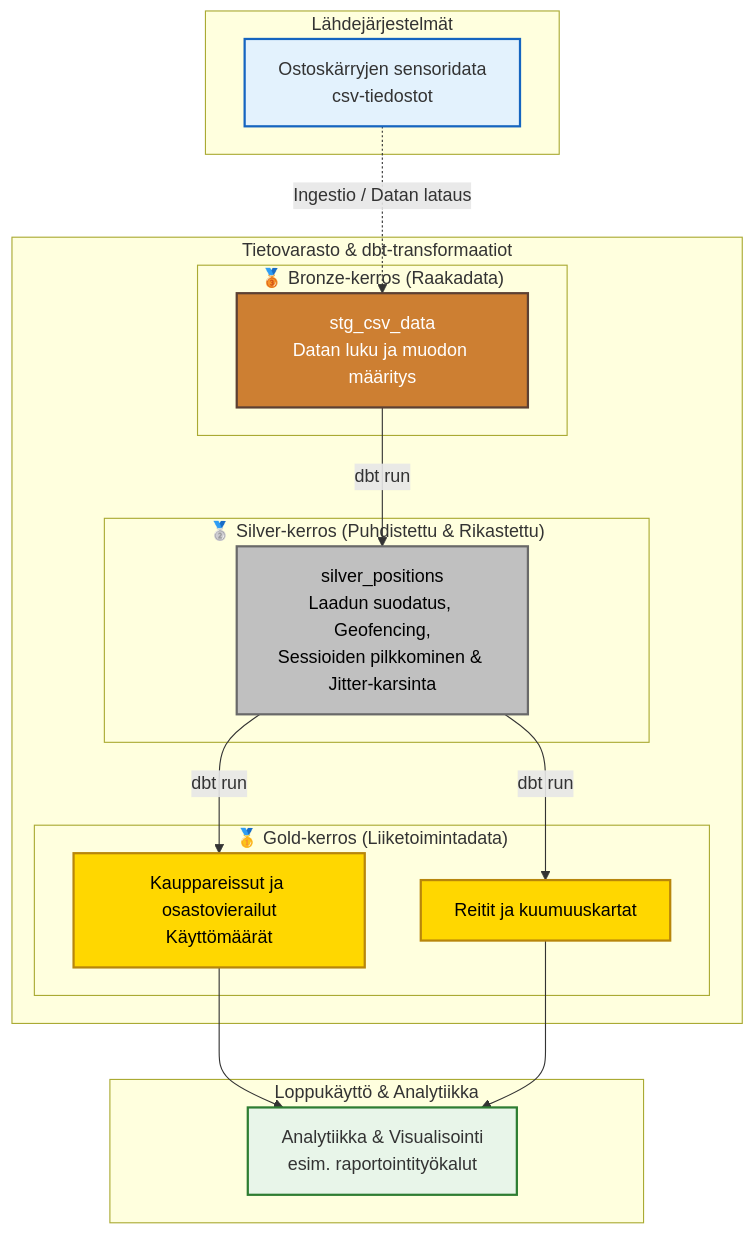
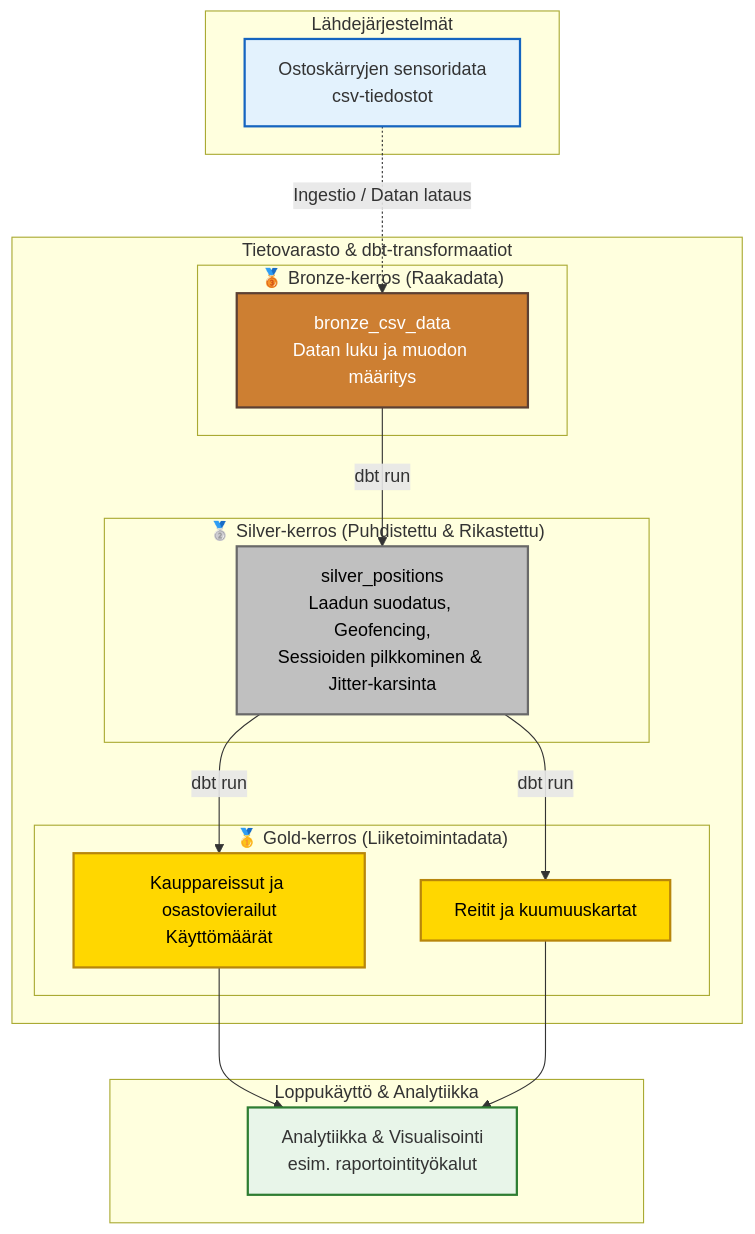
Before and after one commit to mitro54/uwb-shopping-cart-analytics-pipeline: the diagram in docs/arkkitehtuuri_kaavio.md, drawn with Mermaid. The commit also changed other lines of this file and 2 other files, not shown here.

Commit message:
fix stg -> bronze dokumentaatioon

````diff
--- a/docs/arkkitehtuuri_kaavio.md
+++ b/docs/arkkitehtuuri_kaavio.md
@@ -5,46 +5,46 @@
 ```mermaid
 graph TD
     classDef source fill:#e3f2fd,stroke:#1565c0,stroke-width:2px;
     classDef bronze fill:#cd7f32,stroke:#5c4033,stroke-width:2px,color:#fff;
     classDef silver fill:#c0c0c0,stroke:#696969,stroke-width:2px,color:#000;
     classDef gold fill:#ffd700,stroke:#b8860b,stroke-width:2px,color:#000;
     classDef bi fill:#e8f5e9,stroke:#2e7d32,stroke-width:2px;
 
     %% Lähdejärjestelmät
     subgraph Data_Sources["Lähdejärjestelmät"]
         CSV[Ostoskärryjen sensoridata<br>csv-tiedostot]:::source
     end
 
     %% Data Warehouse / dbt prosessointi
     subgraph DWH["Tietovarasto & dbt-transformaatiot"]
         
         %% Bronze
         subgraph Bronze["🥉 Bronze-kerros (Raakadata)"]
-            stg[stg_csv_data<br>Datan luku ja muodon määritys]:::bronze
+            stg[bronze_csv_data<br>Datan luku ja muodon määritys]:::bronze
         end
         
         %% Silver
         subgraph Silver["🥈 Silver-kerros (Puhdistettu & Rikastettu)"]
             silv[silver_positions<br>Laadun suodatus, Geofencing,<br>Sessioiden pilkkominen & Jitter-karsinta]:::silver
         end
         
         %% Gold
         subgraph Gold["🥇 Gold-kerros (Liiketoimintadata)"]
             gold_visits[Kauppareissut ja osastovierailut<br>Käyttömäärät]:::gold
             gold_routes[Reitit ja kuumuuskartat]:::gold
         end
 
         stg -->|dbt run| silv
         silv -->|dbt run| gold_visits
         silv -->|dbt run| gold_routes
     end
 
     %% Raportointi ja Analyysi
     subgraph Analytics["Loppukäyttö & Analytiikka"]
         BI[Analytiikka & Visualisointi<br>esim. raportointityökalut]:::bi
     end
 
     CSV -.->|Ingestio / Datan lataus| stg
     gold_visits --> BI
     gold_routes --> BI
 ```
````
